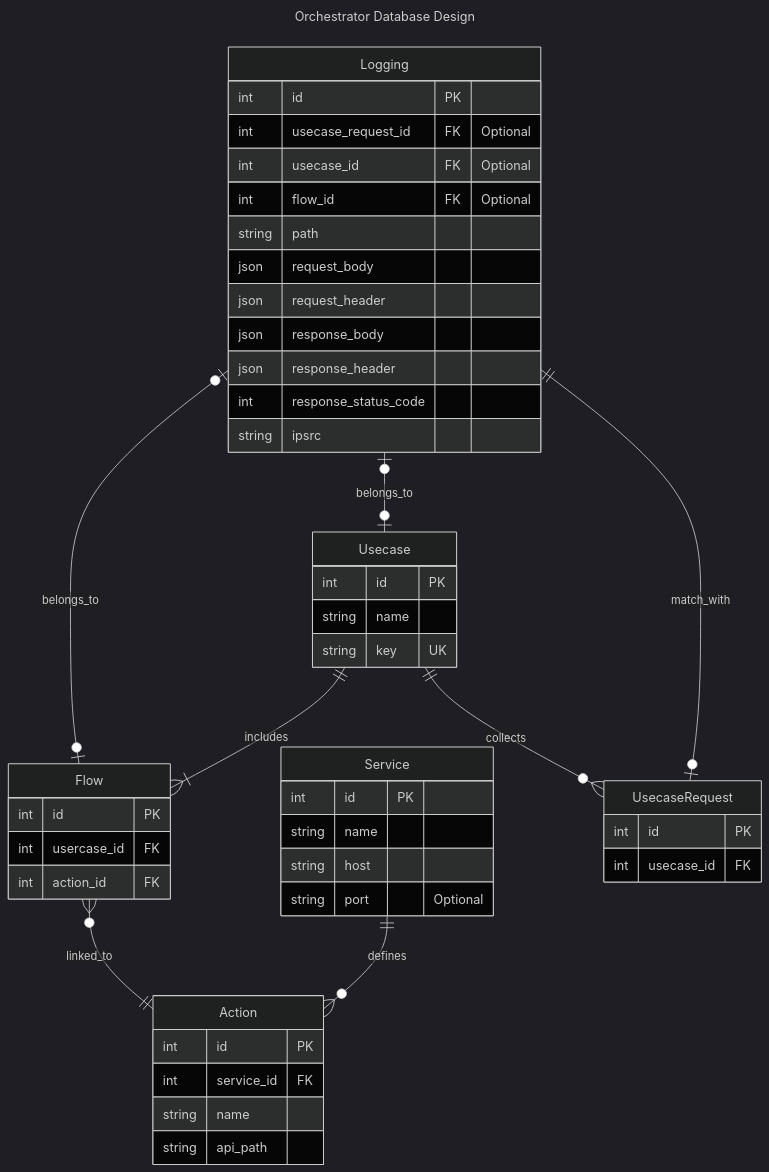
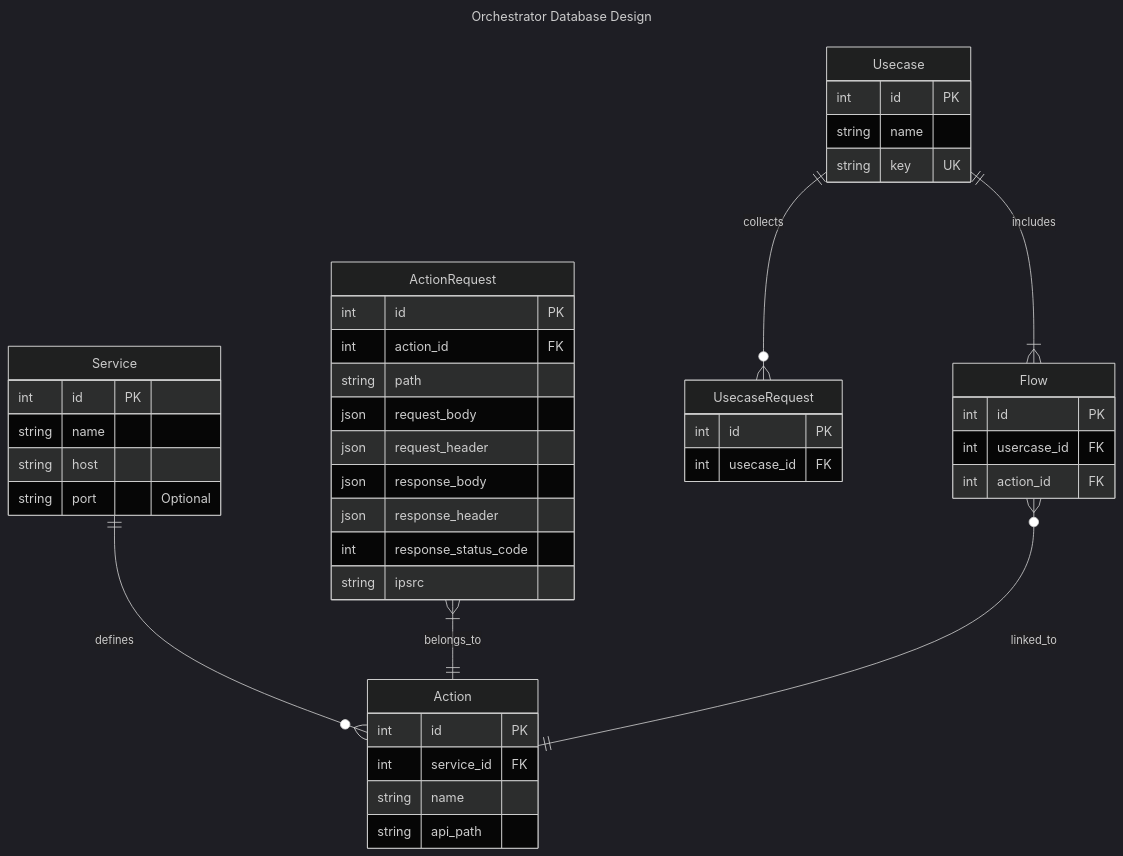
Before and after one commit to louishuyng/microservices-demo: the diagram in diagrams/orchestrator/database.md, drawn with Mermaid (dark theme). The commit also changed 7 other files, not shown here.

Commit message:
feat: enhance architecture logging models

````diff
--- a/diagrams/orchestrator/database.md
+++ b/diagrams/orchestrator/database.md
@@ -1,64 +1,58 @@
 ```mermaid
 ---
 title: Orchestrator Database Design
 ---
 erDiagram
     Service {
         int id PK
         string name
         string host
         string port "Optional"
     }
 
     Flow {
         int id PK
         int usercase_id FK
         int action_id FK
     }
 
     Action {
         int id PK
         int service_id FK
         string name
         string api_path
     }
 
     Usecase {
         int id PK
         string name
         string key UK
     }
 
     UsecaseRequest {
         int id PK
         int usecase_id FK
     }
 
-    Logging {
+    ActionRequest {
         int id PK
-        int usecase_request_id FK "Optional"
-        int usecase_id FK "Optional"
-        int flow_id FK "Optional"
+        int action_id FK
         string path
         json request_body
         json request_header
         json response_body
         json response_header
         int response_status_code
         string ipsrc
     }
 
     Service ||--o{ Action :defines
     Usecase ||--|{ Flow :includes
 
-    Logging ||--o| UsecaseRequest :match_with
-    Logging |o--o| Usecase :belongs_to
-    Logging |o--o| Flow :belongs_to
-
+    ActionRequest |{--|| Action :belongs_to
 
     Flow }o--|| Action :linked_to
 
     Usecase ||--o{ UsecaseRequest :collects
 
-
 ```
````
